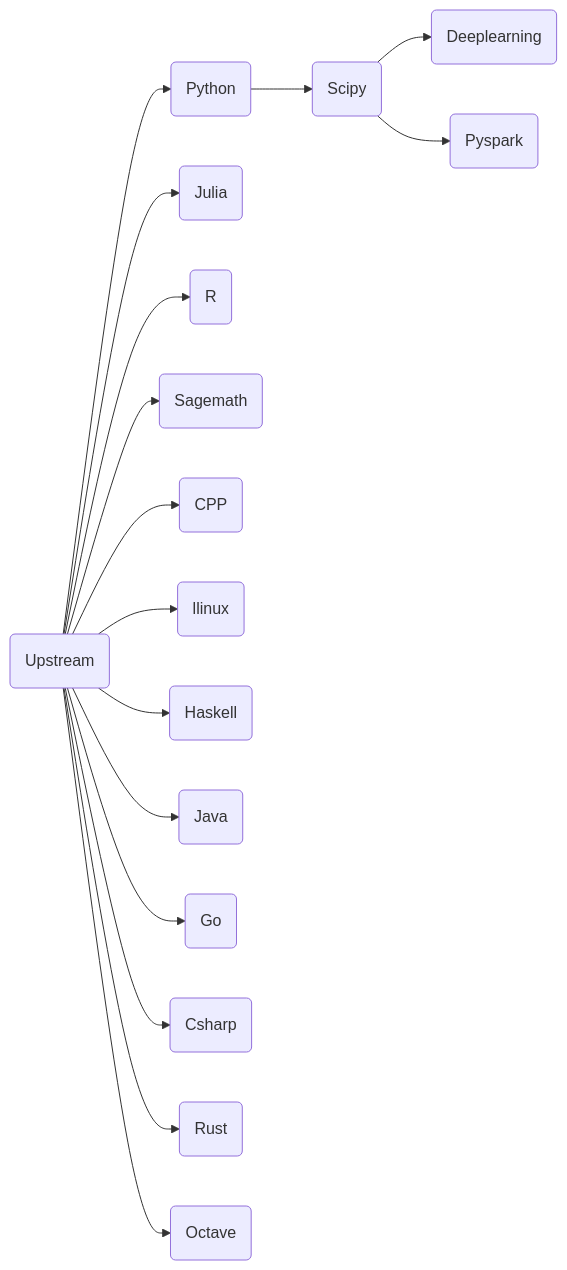
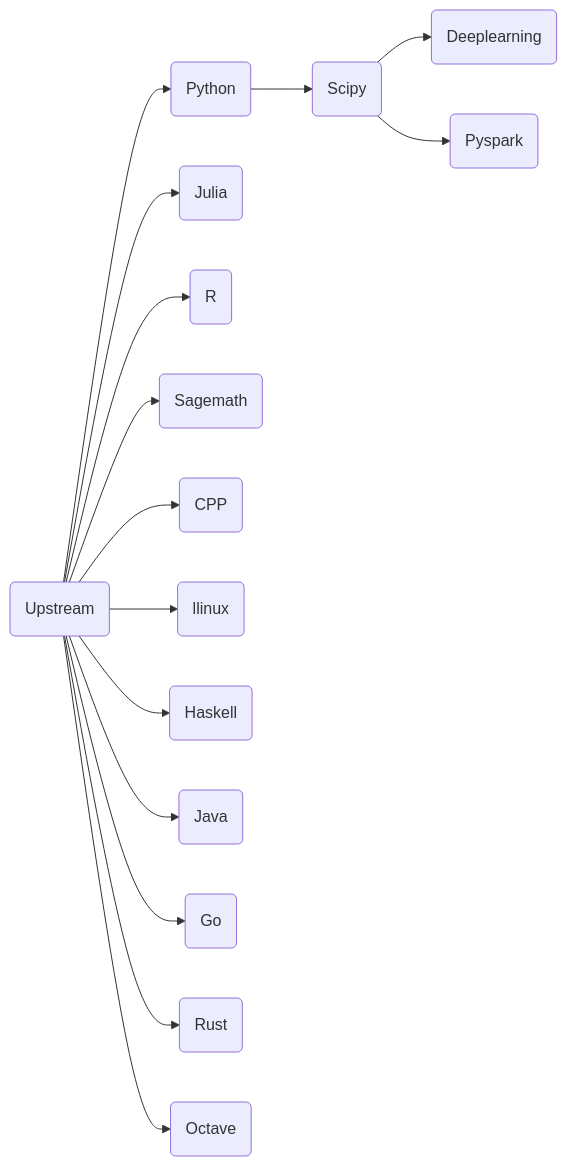
The diagram in README.md (ben0i0d/jupyter-image-stacks), drawn with Mermaid before and after one commit. The commit also changed other lines of this file and 2 other files, not shown here.

Commit message:
Update 3 files
- /csharp/Dockerfile
- /.gitlab-ci.yml
- /README.md

````diff
--- a/README.md
+++ b/README.md
@@ -143,17 +142,16 @@
 ```mermaid
 graph LR
 A(Upstream)-->B(Python)-->C(Scipy)
 A-->F(Julia)
 A-->G(R)
 A-->H(Sagemath)
 A-->I(CPP)
 A-->J(llinux)
 A-->K(Haskell)
 A-->L(Java)
 A-->M(Go)
-A-->N(Csharp)
-A-->O(Rust)
-A-->P(Octave)
+A-->N(Rust)
+A-->O(Octave)
 C(Scipy)-->D(Deeplearning)  
 C(Scipy)-->E(Pyspark)  
 ```  
````
